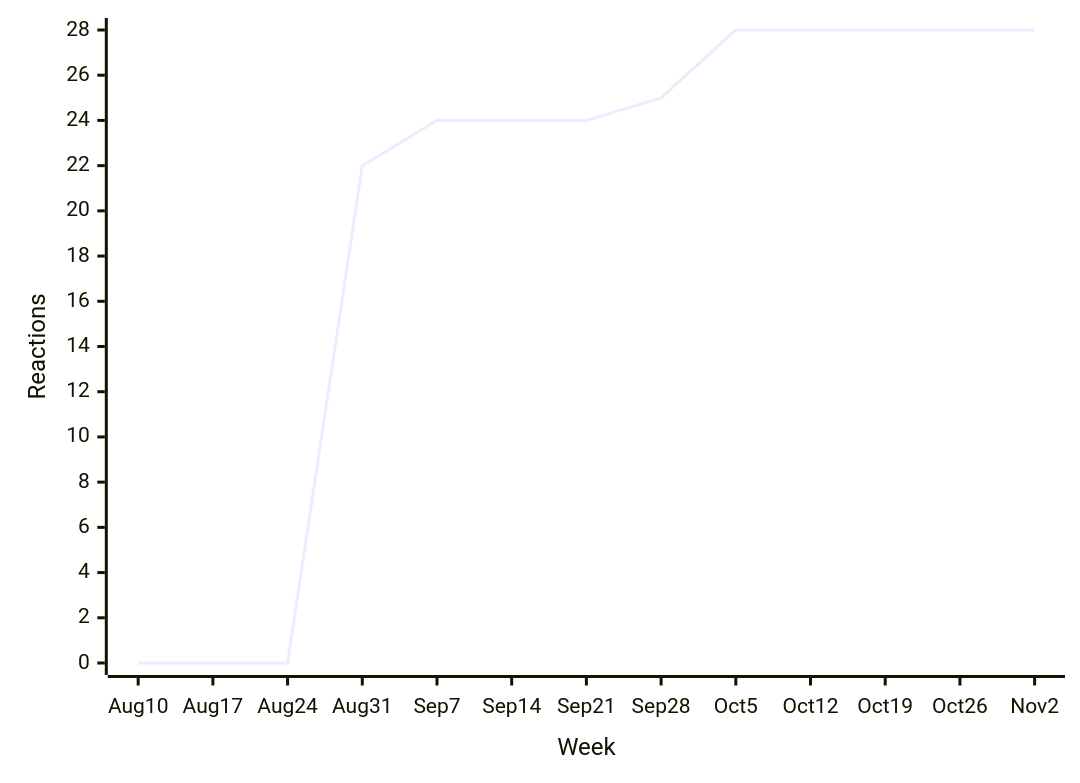
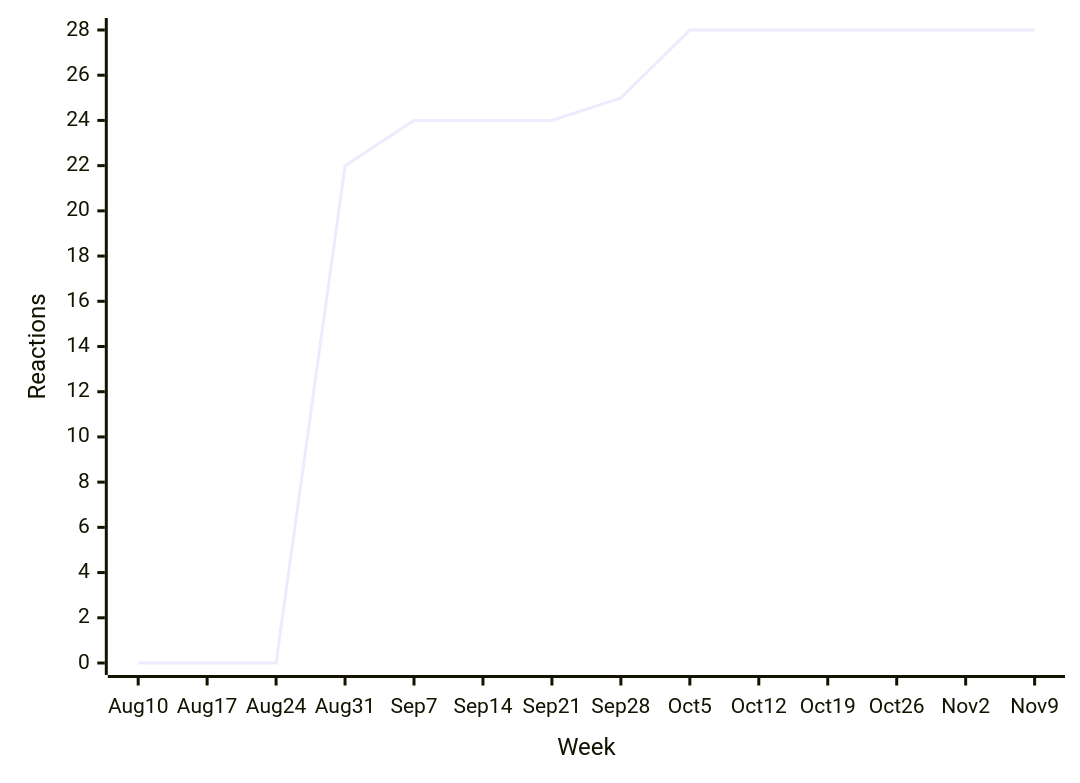
Before and after one commit to loic-sharma/github-insights: the third of 38 diagrams in README.md, drawn with Mermaid. The commit also changed other lines of this file and 3 other files, not shown here.

````diff
--- a/README.md
+++ b/README.md
@@ -375,6 +358,6 @@
   ```mermaid
   xychart-beta
-    x-axis "Week" [Aug 10, Aug 17, Aug 24, Aug 31, Sep 7, Sep 14, Sep 21, Sep 28, Oct 5, Oct 12, Oct 19, Oct 26, Nov 2]
+    x-axis "Week" [Aug 10, Aug 17, Aug 24, Aug 31, Sep 7, Sep 14, Sep 21, Sep 28, Oct 5, Oct 12, Oct 19, Oct 26, Nov 2, Nov 9]
     y-axis "Reactions"
-    line [0, 0, 0, 22, 24, 24, 24, 25, 28, 28, 28, 28, 28]
+    line [0, 0, 0, 22, 24, 24, 24, 25, 28, 28, 28, 28, 28, 28]
   ```
````
